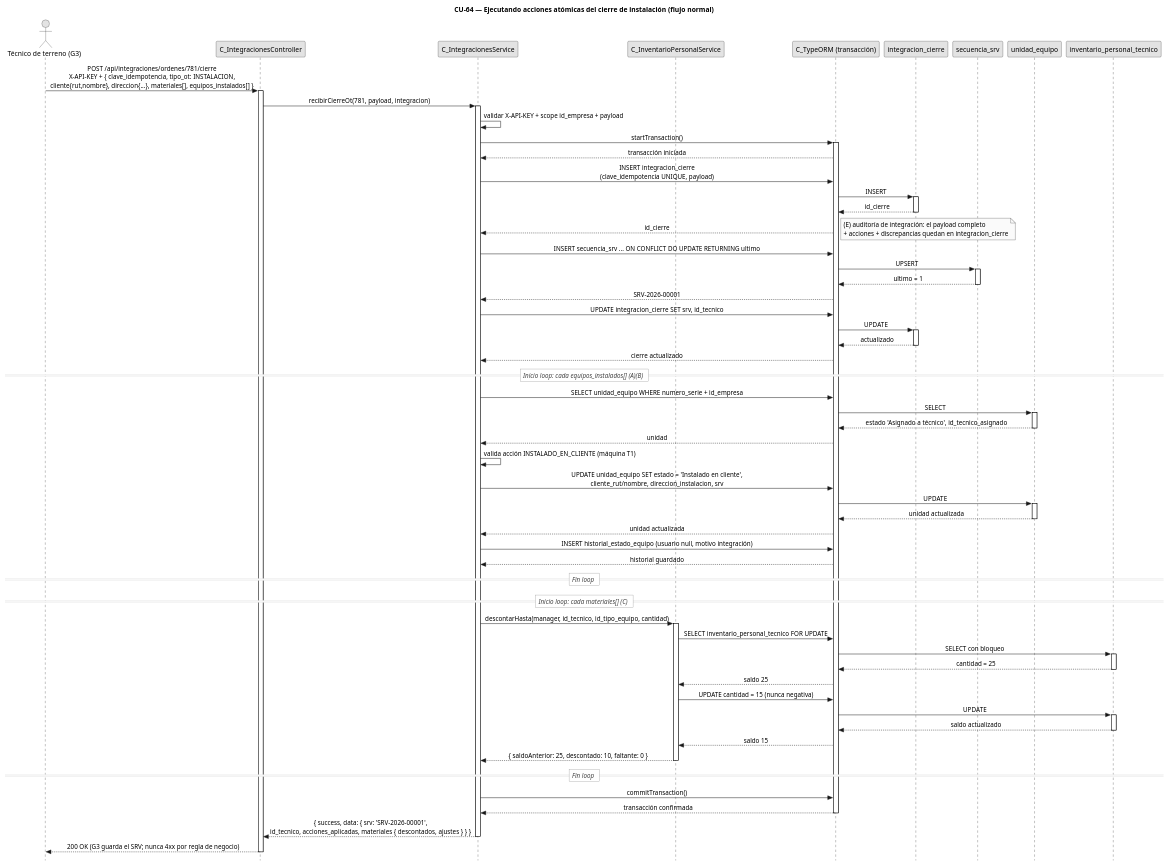
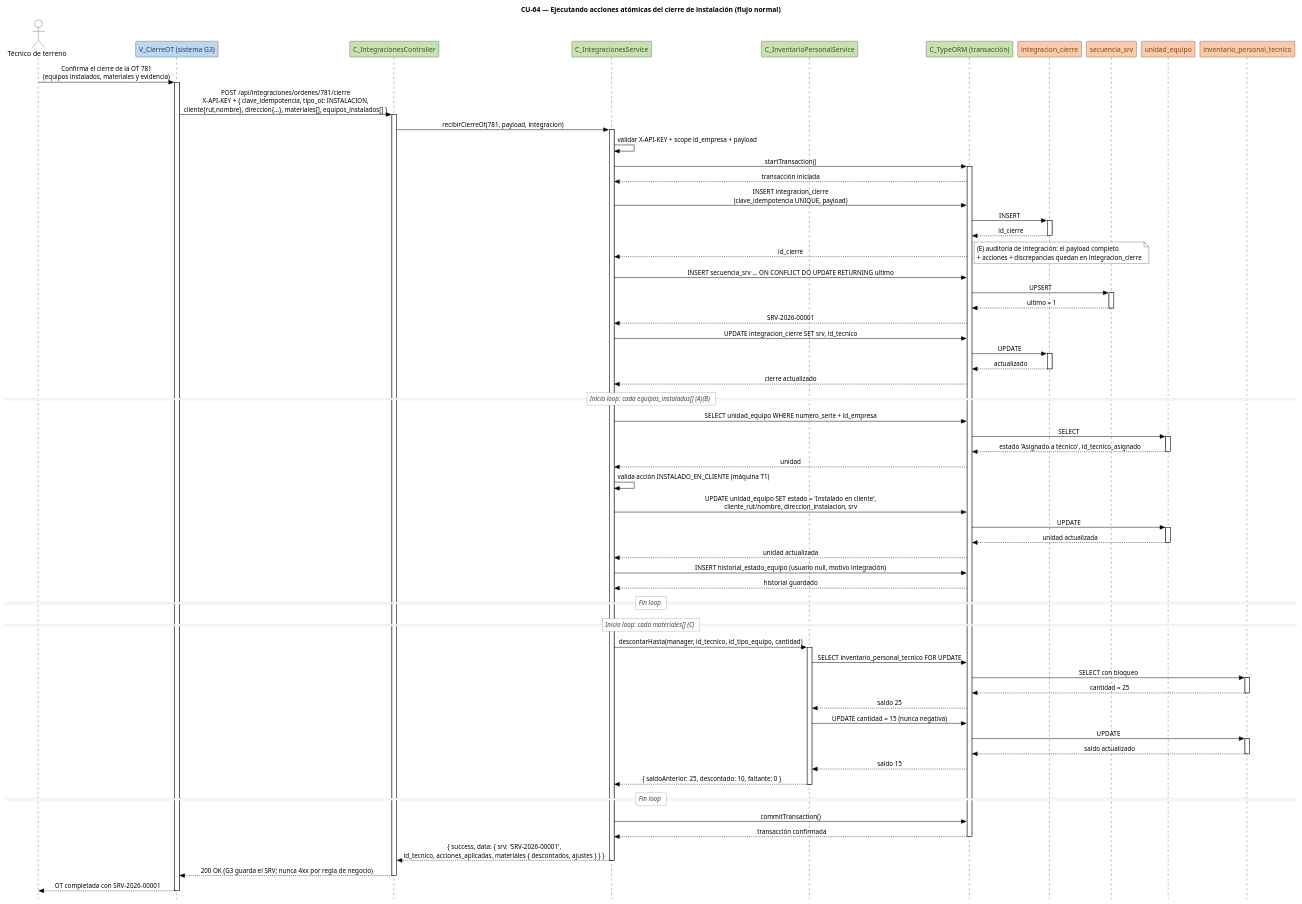
The diagram in diagramas/diagramas-secuencia/CU64/CU64-normal.puml (FSM-Finet-y-Cable-Magico/Team_1-Inventario-y-Bodega), drawn with PlantUML before and after one commit. The commit also changed 5 other files, not shown here.

Commit message:
docs(I3): secuencias CU-64 y CU-69 parten en vista y con colores por capa

```diff
--- a/diagramas/diagramas-secuencia/CU64/CU64-normal.puml
+++ b/diagramas/diagramas-secuencia/CU64/CU64-normal.puml
@@ -1,108 +1,127 @@
 @startuml CU64-normal
 skinparam sequenceDividerBorderThickness 0.6
 skinparam sequenceDividerBorderColor 888888
 skinparam sequenceDividerBackgroundColor white
 skinparam sequenceDividerFontStyle italic
 skinparam sequenceDividerFontColor 444444
 skinparam sequenceDividerShadowing false
 title CU-64 — Ejecutando acciones atómicas del cierre de instalación (flujo normal)
 skinparam style strictuml
-skinparam monochrome true
+skinparam ParticipantBackgroundColor white
+skinparam ParticipantBorderColor black
+skinparam ActorBackgroundColor white
+skinparam ActorBorderColor black
+skinparam ArrowColor black
+skinparam SequenceLifeLineBackgroundColor white
+skinparam SequenceGroupBorderColor black
+skinparam SequenceGroupBackgroundColor white
+skinparam SequenceGroupHeaderFontColor black
+skinparam NoteBackgroundColor white
+skinparam NoteBorderColor black
+skinparam TitleFontColor black
+hide stereotype
 skinparam shadowing false
 skinparam sequenceMessageAlign center
 <style>
 sequenceDiagram {
   participant {
     margin 30
   }
   actor {
     margin 12
   }
+  .vista { BackGroundColor #BDD7EF ; FontColor #223C67 }
+  .controlador { BackGroundColor #C7E1B5 ; FontColor #37571F }
+  .persistencia { BackGroundColor #F9CBAD ; FontColor #894212 }
 }
 </style>
 skinparam sequence {
   MessageAlign center
   LifeLineBorderColor black
 }
 hide footbox
 
-actor "Técnico de terreno (G3)" as g3
-participant "C_IntegracionesController" as ctrl
-participant "C_IntegracionesService" as svc
-participant "C_InventarioPersonalService" as ips
-participant "C_TypeORM (transacción)" as orm
-participant "integracion_cierre" as cierre
-participant "secuencia_srv" as sec
-participant "unidad_equipo" as uni
-participant "inventario_personal_tecnico" as inv
-
+actor "Técnico de terreno" as tec
+participant "V_CierreOT (sistema G3)" as g3 <<vista>>
+participant "C_IntegracionesController" as ctrl <<controlador>>
+participant "C_IntegracionesService" as svc <<controlador>>
+participant "C_InventarioPersonalService" as ips <<controlador>>
+participant "C_TypeORM (transacción)" as orm <<controlador>>
+participant "integracion_cierre" as cierre <<persistencia>>
+participant "secuencia_srv" as sec <<persistencia>>
+participant "unidad_equipo" as uni <<persistencia>>
+participant "inventario_personal_tecnico" as inv <<persistencia>>
+tec -> g3 : Confirma el cierre de la OT 781\n(equipos instalados, materiales y evidencia)
+activate g3
 g3 -> ctrl : POST /api/integraciones/ordenes/781/cierre\nX-API-KEY + { clave_idempotencia, tipo_ot: INSTALACION,\ncliente{rut,nombre}, direccion{...}, materiales[], equipos_instalados[] }
 activate ctrl
 ctrl -> svc : recibirCierreOt(781, payload, integracion)
 activate svc
 svc -> svc : validar X-API-KEY + scope id_empresa + payload
 svc -> orm : startTransaction()
 activate orm
 orm --> svc : transacción iniciada
 svc -> orm : INSERT integracion_cierre\n(clave_idempotencia UNIQUE, payload)
 orm -> cierre : INSERT
 activate cierre
 cierre --> orm : id_cierre
 deactivate cierre
 orm --> svc : id_cierre
 note right : (E) auditoría de integración: el payload completo\n+ acciones + discrepancias quedan en integracion_cierre
 svc -> orm : INSERT secuencia_srv ... ON CONFLICT DO UPDATE RETURNING ultimo
 orm -> sec : UPSERT
 activate sec
 sec --> orm : ultimo = 1
 deactivate sec
 orm --> svc : SRV-2026-00001
 svc -> orm : UPDATE integracion_cierre SET srv, id_tecnico
 orm -> cierre : UPDATE
 activate cierre
 cierre --> orm : actualizado
 deactivate cierre
 orm --> svc : cierre actualizado
 == Inicio loop: cada equipos_instalados[] (A)(B) ==
   svc -> orm : SELECT unidad_equipo WHERE numero_serie + id_empresa
   orm -> uni : SELECT
   activate uni
   uni --> orm : estado 'Asignado a técnico', id_tecnico_asignado
   deactivate uni
   orm --> svc : unidad
   svc -> svc : valida acción INSTALADO_EN_CLIENTE (máquina T1)
   svc -> orm : UPDATE unidad_equipo SET estado = 'Instalado en cliente',\ncliente_rut/nombre, direccion_instalacion, srv
   orm -> uni : UPDATE
   activate uni
   uni --> orm : unidad actualizada
   deactivate uni
   orm --> svc : unidad actualizada
   svc -> orm : INSERT historial_estado_equipo (usuario null, motivo integración)
   orm --> svc : historial guardado
 == Fin loop ==
 == Inicio loop: cada materiales[] (C) ==
   svc -> ips : descontarHasta(manager, id_tecnico, id_tipo_equipo, cantidad)
   activate ips
   ips -> orm : SELECT inventario_personal_tecnico FOR UPDATE
   orm -> inv : SELECT con bloqueo
   activate inv
   inv --> orm : cantidad = 25
   deactivate inv
   orm --> ips : saldo 25
   ips -> orm : UPDATE cantidad = 15 (nunca negativa)
   orm -> inv : UPDATE
   activate inv
   inv --> orm : saldo actualizado
   deactivate inv
   orm --> ips : saldo 15
   ips --> svc : { saldoAnterior: 25, descontado: 10, faltante: 0 }
   deactivate ips
 == Fin loop ==
 svc -> orm : commitTransaction()
 orm --> svc : transacción confirmada
 deactivate orm
 svc --> ctrl : { success, data: { srv: 'SRV-2026-00001',\nid_tecnico, acciones_aplicadas, materiales { descontados, ajustes } } }
 deactivate svc
 ctrl --> g3 : 200 OK (G3 guarda el SRV; nunca 4xx por regla de negocio)
 deactivate ctrl
+g3 --> tec : OT completada con SRV-2026-00001
+deactivate g3
 @enduml
```
